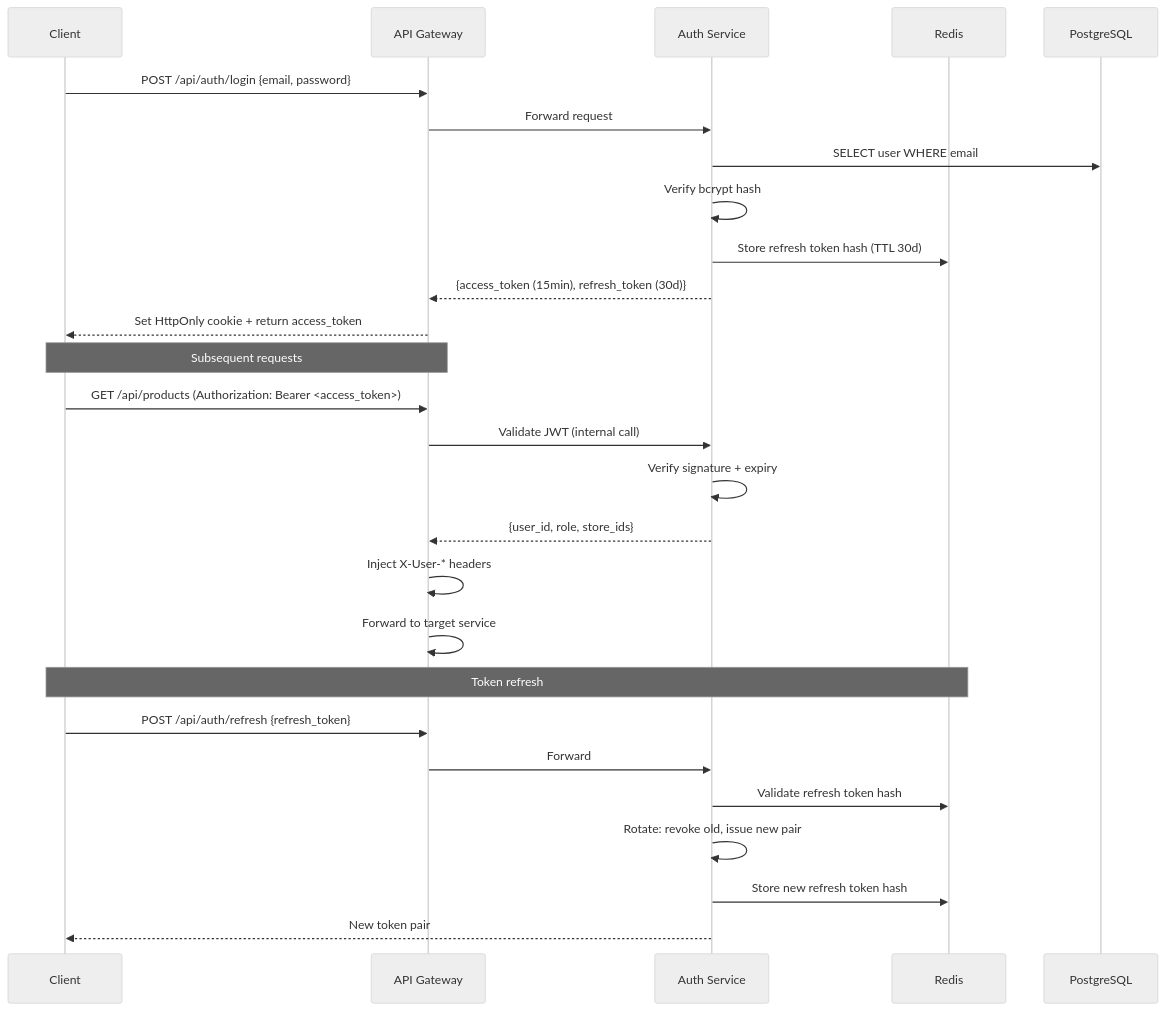
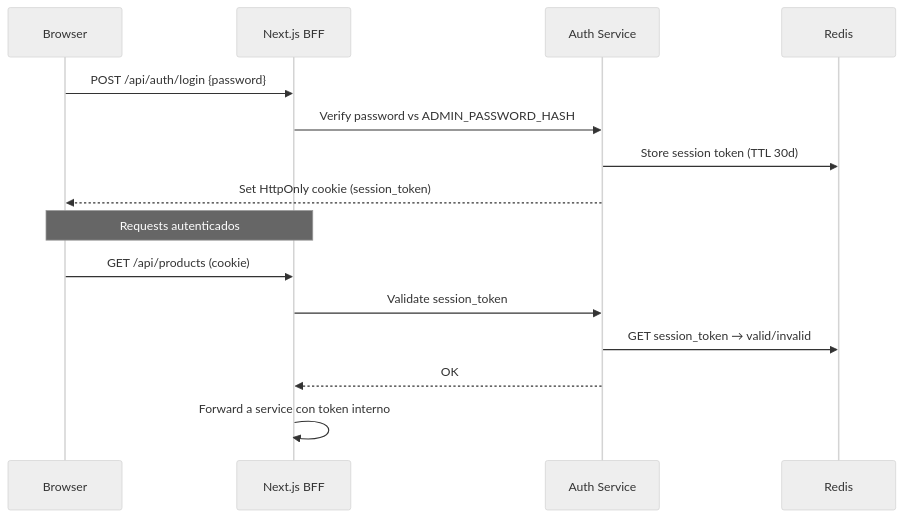
One commit to mateoricci0/AutoShop changed the fourth of 5 diagrams in ARCHITECTURE.md. Above: the diagram before and after it, drawn with Mermaid (neutral theme). The commit also changed other lines of this file and 4 other files, not shown here.

First line of the commit message:
refactor: simplify architecture for personal use

````diff
--- a/ARCHITECTURE.md
+++ b/ARCHITECTURE.md
@@ -193,34 +160,20 @@
 ```mermaid
 sequenceDiagram
-    participant C as Client
-    participant GW as API Gateway
-    participant AU as Auth Service
-    participant RD as Redis
-    participant DB as PostgreSQL
+    participant B as Browser
+    participant N as Next.js BFF
+    participant A as Auth Service
+    participant R as Redis
 
-    C->>GW: POST /api/auth/login {email, password}
-    GW->>AU: Forward request
-    AU->>DB: SELECT user WHERE email
-    AU->>AU: Verify bcrypt hash
-    AU->>RD: Store refresh token hash (TTL 30d)
-    AU-->>GW: {access_token (15min), refresh_token (30d)}
-    GW-->>C: Set HttpOnly cookie + return access_token
+    B->>N: POST /api/auth/login {password}
+    N->>A: Verify password vs ADMIN_PASSWORD_HASH
+    A->>R: Store session token (TTL 30d)
+    A-->>B: Set HttpOnly cookie (session_token)
 
-    Note over C,GW: Subsequent requests
+    Note over B,N: Requests autenticados
 
-    C->>GW: GET /api/products (Authorization: Bearer <access_token>)
-    GW->>AU: Validate JWT (internal call)
-    AU->>AU: Verify signature + expiry
-    AU-->>GW: {user_id, role, store_ids}
-    GW->>GW: Inject X-User-* headers
-    GW->>GW: Forward to target service
-
-    Note over C,RD: Token refresh
-
-    C->>GW: POST /api/auth/refresh {refresh_token}
-    GW->>AU: Forward
-    AU->>RD: Validate refresh token hash
-    AU->>AU: Rotate: revoke old, issue new pair
-    AU->>RD: Store new refresh token hash
-    AU-->>C: New token pair
+    B->>N: GET /api/products (cookie)
+    N->>A: Validate session_token
+    A->>R: GET session_token → valid/invalid
+    A-->>N: OK
+    N->>N: Forward a service con token interno
 ```
````
